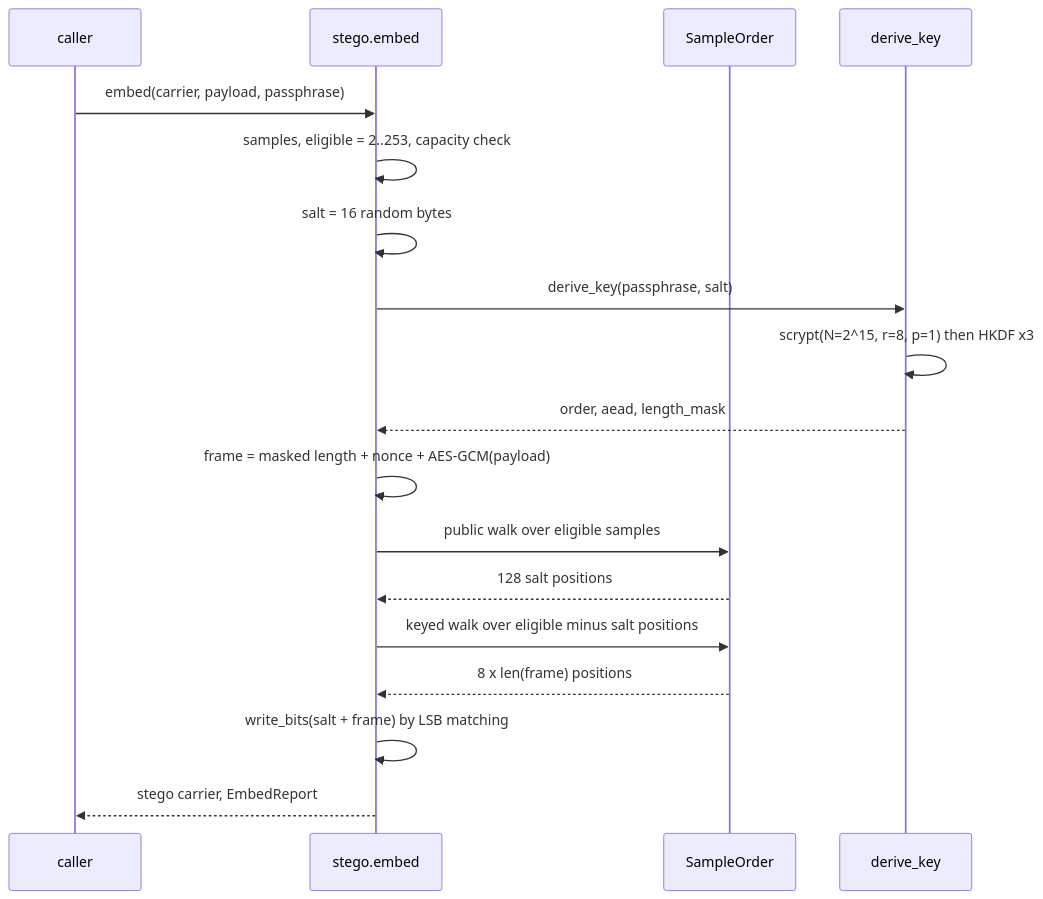
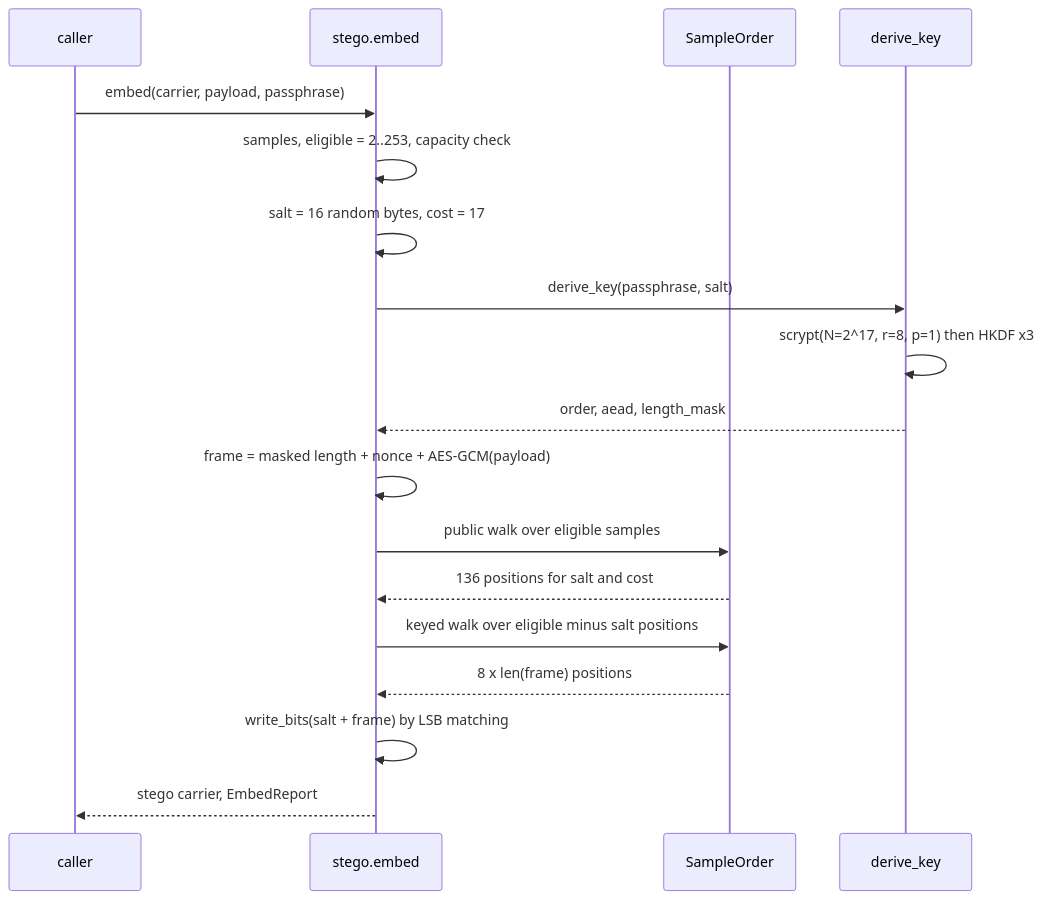
One commit to Just-Ipavon/shardpix changed the third of 7 diagrams in docs/04-runtime-behaviour.md. Above: the diagram before and after it, drawn with Mermaid. The commit also changed other lines of this file and 11 other files, not shown here.

````diff
--- a/docs/04-runtime-behaviour.md
+++ b/docs/04-runtime-behaviour.md
@@ -112,21 +112,21 @@
 ```mermaid
 sequenceDiagram
     participant C as caller
     participant E as stego.embed
     participant W as SampleOrder
     participant K as derive_key
 
     C->>E: embed(carrier, payload, passphrase)
     E->>E: samples, eligible = 2..253, capacity check
-    E->>E: salt = 16 random bytes
+    E->>E: salt = 16 random bytes, cost = 17
     E->>K: derive_key(passphrase, salt)
-    K->>K: scrypt(N=2^15, r=8, p=1) then HKDF x3
+    K->>K: scrypt(N=2^17, r=8, p=1) then HKDF x3
     K-->>E: order, aead, length_mask
     E->>E: frame = masked length + nonce + AES-GCM(payload)
     E->>W: public walk over eligible samples
-    W-->>E: 128 salt positions
+    W-->>E: 136 positions for salt and cost
     E->>W: keyed walk over eligible minus salt positions
     W-->>E: 8 x len(frame) positions
     E->>E: write_bits(salt + frame) by LSB matching
     E-->>C: stego carrier, EmbedReport
 ```
````
